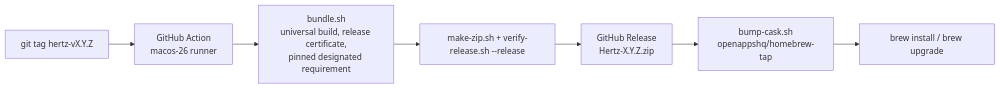
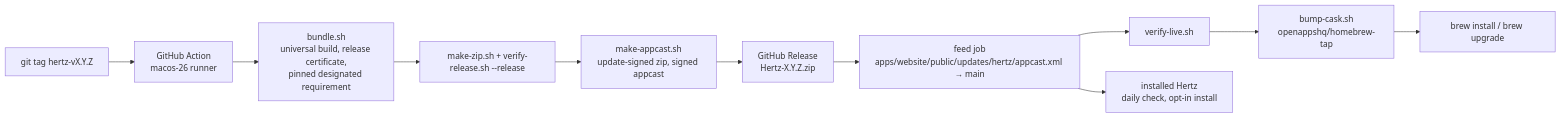
One commit to openappshq/openapps changed the fourth of 4 diagrams in apps/hertz/docs/architecture.md. Above: the diagram before and after it, drawn with Mermaid. The commit also changed other lines of this file and 6 other files, not shown here.

First line of the commit message:
Hertz updates itself: cask, contract and docs

````diff
--- a/apps/hertz/docs/architecture.md
+++ b/apps/hertz/docs/architecture.md
@@ -246,9 +262,13 @@
 ```mermaid
 flowchart LR
     tag["git tag hertz-vX.Y.Z"] --> action["GitHub Action<br/>macos-26 runner"]
     action --> build["bundle.sh<br/>universal build, release certificate,<br/>pinned designated requirement"]
     build --> zip["make-zip.sh + verify-release.sh --release"]
-    zip --> rel["GitHub Release<br/>Hertz-X.Y.Z.zip"]
-    rel --> cask["bump-cask.sh<br/>openappshq/homebrew-tap"]
+    zip --> appcast["make-appcast.sh<br/>update-signed zip, signed appcast"]
+    appcast --> rel["GitHub Release<br/>Hertz-X.Y.Z.zip"]
+    rel --> feed["feed job<br/>apps/website/public/updates/hertz/appcast.xml → main"]
+    feed --> live["verify-live.sh"]
+    live --> cask["bump-cask.sh<br/>openappshq/homebrew-tap"]
+    feed --> apps["installed Hertz<br/>daily check, opt-in install"]
     cask --> users["brew install / brew upgrade"]
 ```
````
